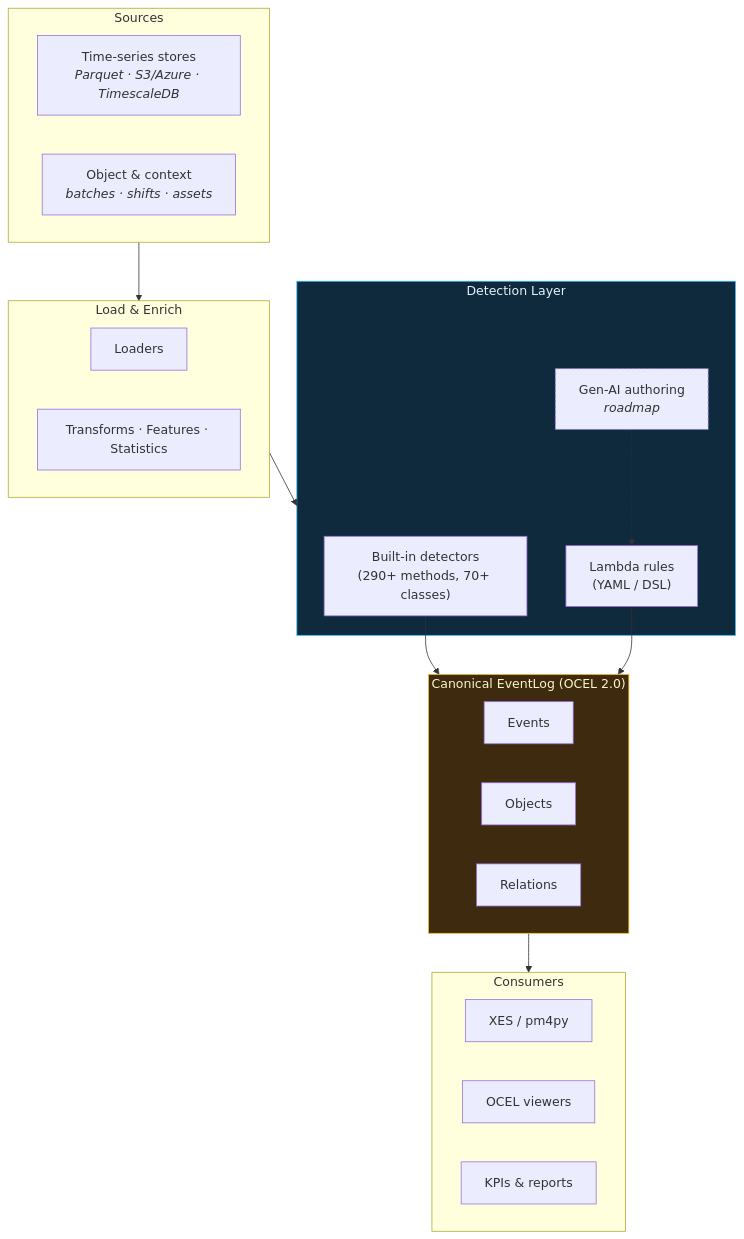
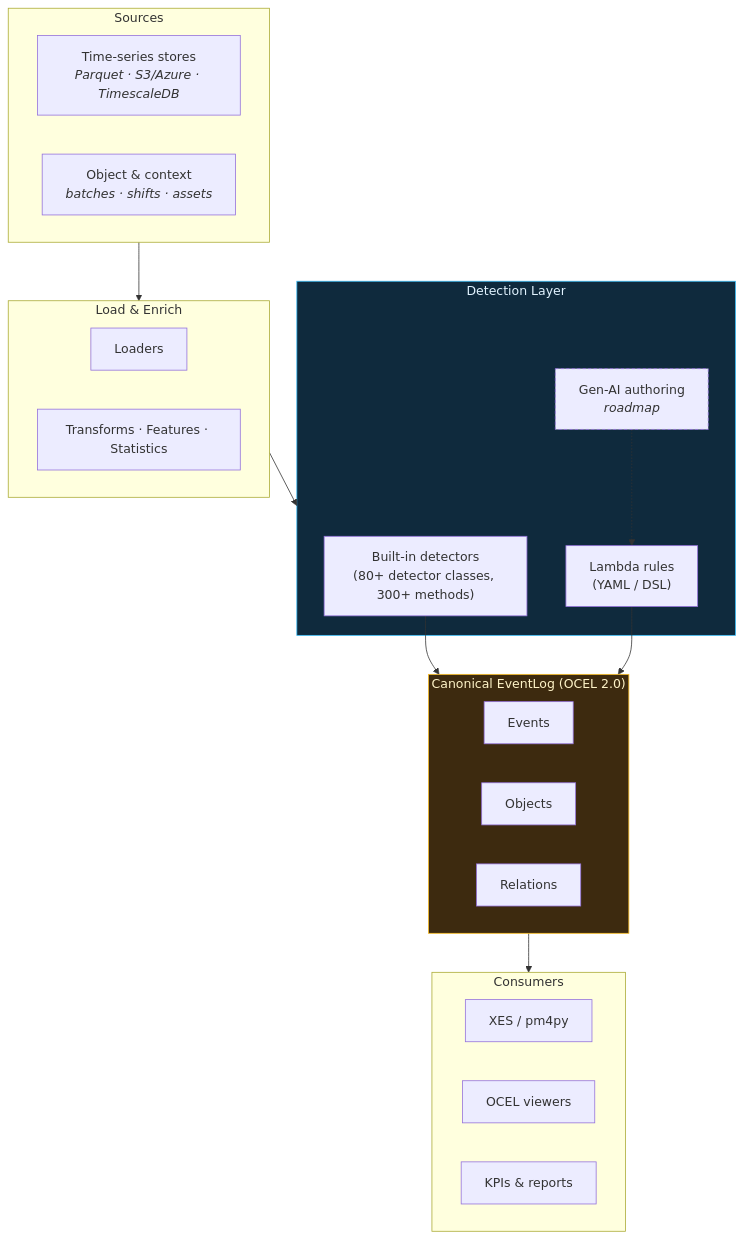
Before and after one commit to ts-shape/ts-shape: the diagram in docs/concept.md, drawn with Mermaid. The commit also changed 103 other files, not shown here.

````diff
--- a/docs/concept.md
+++ b/docs/concept.md
@@ -9,34 +9,34 @@
 ```mermaid
 flowchart TB
     subgraph IN["Sources"]
         S1[Time-series stores<br/><i>Parquet · S3/Azure · TimescaleDB</i>]
         S2[Object &amp; context<br/><i>batches · shifts · assets</i>]
     end
     subgraph LOAD["Load &amp; Enrich"]
         L1[Loaders]
         L2[Transforms · Features · Statistics]
     end
     subgraph DETECT["Detection Layer"]
-        D1["Built-in detectors<br/>(290+ methods, 70+ classes)"]
+        D1["Built-in detectors<br/>(80+ detector classes, 300+ methods)"]
         D2["Lambda rules<br/>(YAML / DSL)"]
         D3["Gen-AI authoring<br/><i>roadmap</i>"]
     end
     subgraph EVENTLOG["Canonical EventLog (OCEL 2.0)"]
         E1[Events]
         E2[Objects]
         E3[Relations]
     end
     subgraph OUT["Consumers"]
         O1[XES / pm4py]
         O2[OCEL viewers]
         O3[KPIs &amp; reports]
     end
     IN --> LOAD --> DETECT
     D1 --> EVENTLOG
     D2 --> EVENTLOG
     D3 -.-> D2
     EVENTLOG --> OUT
     style DETECT fill:#0f2a3d,stroke:#38bdf8,color:#e0f2fe
     style EVENTLOG fill:#3d2a0f,stroke:#fbbf24,color:#fef3c7
     style D3 stroke-dasharray: 4 3
 ```
````
